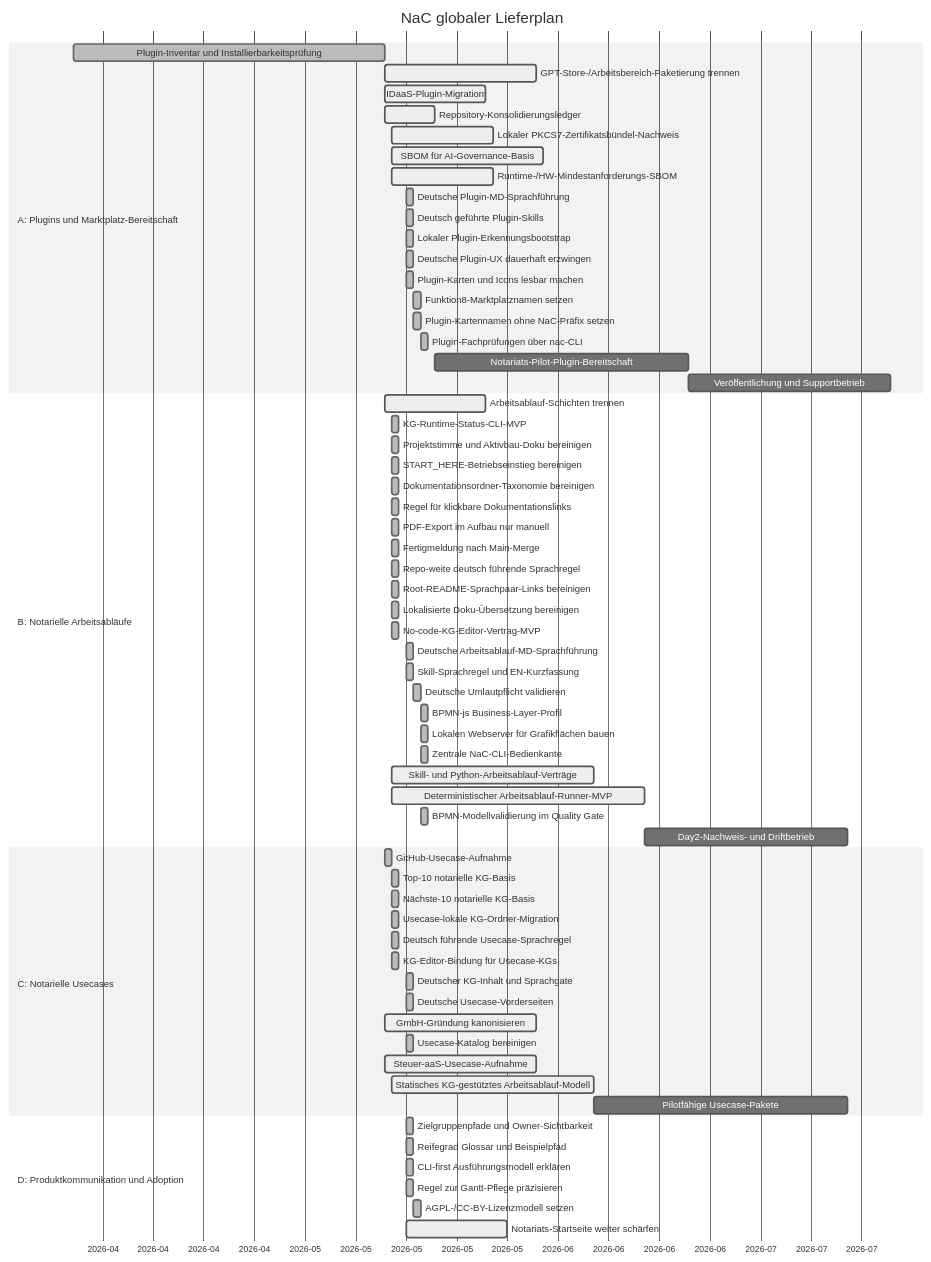
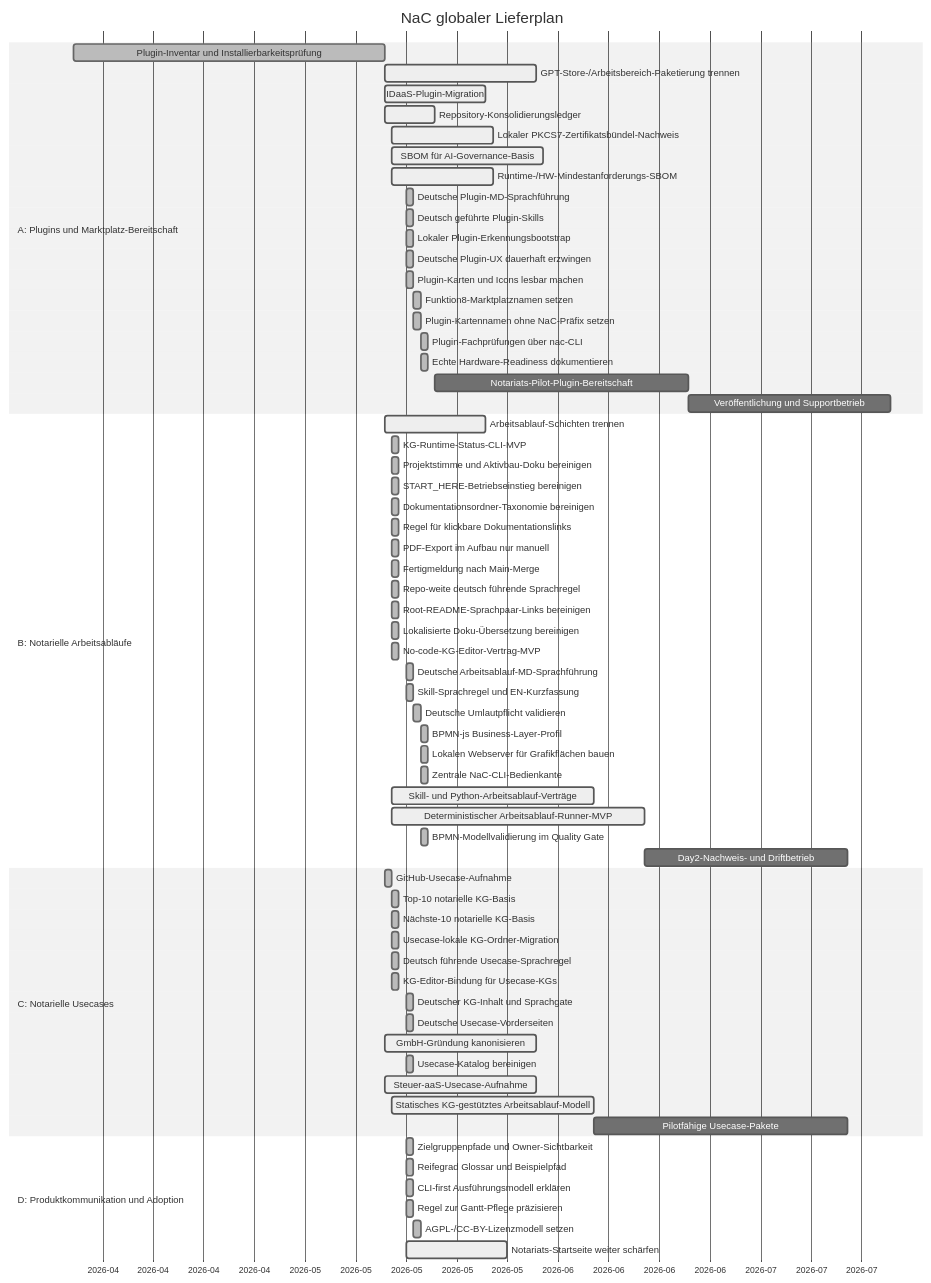
The diagram in roadmap/GANTT.md (notariat8/NaC), drawn with Mermaid (neutral theme) before and after one commit. The commit also changed other lines of this file and 11 other files, not shown here.

Commit message:
Document real hardware readiness tests

````diff
--- a/roadmap/GANTT.md
+++ b/roadmap/GANTT.md
@@ -14,72 +14,73 @@
 ```mermaid
 gantt
     title NaC globaler Lieferplan
     dateFormat  YYYY-MM-DD
     axisFormat  %Y-%m
 
     section A: Plugins und Marktplatz-Bereitschaft
     Plugin-Inventar und Installierbarkeitsprüfung :done, a1, 2026-04-01, 2026-05-14
     GPT-Store-/Arbeitsbereich-Paketierung trennen :active, a2, 2026-05-14, 21d
     IDaaS-Plugin-Migration                       :active,  a3, 2026-05-14, 14d
     Repository-Konsolidierungsledger             :active,  a4, 2026-05-14, 7d
     Lokaler PKCS7-Zertifikatsbündel-Nachweis    :active,  a4a, 2026-05-15, 14d
     SBOM für AI-Governance-Basis                :active,  a4b, 2026-05-15, 21d
     Runtime-/HW-Mindestanforderungs-SBOM         :active,  a4c, 2026-05-15, 14d
     Deutsche Plugin-MD-Sprachführung            :done,    a4d, 2026-05-17, 1d
     Deutsch geführte Plugin-Skills              :done,    a4e, 2026-05-17, 1d
     Lokaler Plugin-Erkennungsbootstrap           :done,    a4f, 2026-05-17, 1d
     Deutsche Plugin-UX dauerhaft erzwingen       :done,    a4g, 2026-05-17, 1d
     Plugin-Karten und Icons lesbar machen        :done,    a4h, 2026-05-17, 1d
     Funktion8-Marktplatznamen setzen             :done,    a4i, 2026-05-18, 1d
     Plugin-Kartennamen ohne NaC-Präfix setzen    :done,    a4j, 2026-05-18, 1d
     Plugin-Fachprüfungen über nac-CLI            :done,    a4k, 2026-05-19, 1d
+    Echte Hardware-Readiness dokumentieren       :done,    a4l, 2026-05-19, 1d
     Notariats-Pilot-Plugin-Bereitschaft          :         a5, after a4, 35d
     Veröffentlichung und Supportbetrieb         :         a6, after a5, 28d
 
     section B: Notarielle Arbeitsabläufe
     Arbeitsablauf-Schichten trennen              :active,  b1, 2026-05-14, 14d
     KG-Runtime-Status-CLI-MVP                    :done,    b1a, 2026-05-15, 1d
     Projektstimme und Aktivbau-Doku bereinigen   :done,    b1b, 2026-05-15, 1d
     START_HERE-Betriebseinstieg bereinigen       :done,    b1c, 2026-05-15, 1d
     Dokumentationsordner-Taxonomie bereinigen    :done,    b1d, 2026-05-15, 1d
     Regel für klickbare Dokumentationslinks     :done,    b1e, 2026-05-15, 1d
     PDF-Export im Aufbau nur manuell             :done,    b1f, 2026-05-15, 1d
     Fertigmeldung nach Main-Merge                :done,    b1g, 2026-05-15, 1d
     Repo-weite deutsch führende Sprachregel     :done,    b1h, 2026-05-15, 1d
     Root-README-Sprachpaar-Links bereinigen      :done,    b1i, 2026-05-15, 1d
     Lokalisierte Doku-Übersetzung bereinigen    :done,    b1j, 2026-05-15, 1d
     No-code-KG-Editor-Vertrag-MVP                :done,    b1k, 2026-05-15, 1d
     Deutsche Arbeitsablauf-MD-Sprachführung     :done,    b1l, 2026-05-17, 1d
     Skill-Sprachregel und EN-Kurzfassung         :done,    b1m, 2026-05-17, 1d
     Deutsche Umlautpflicht validieren            :done,    b1n, 2026-05-18, 1d
     BPMN-js Business-Layer-Profil                :done,    b1o, 2026-05-19, 1d
     Lokalen Webserver für Grafikflächen bauen   :done,    b1p, 2026-05-19, 1d
     Zentrale NaC-CLI-Bedienkante                 :done,    b1q, 2026-05-19, 1d
     Skill- und Python-Arbeitsablauf-Verträge    :active,  b2, 2026-05-15, 28d
     Deterministischer Arbeitsablauf-Runner-MVP   :active,  b3, 2026-05-15, 35d
     BPMN-Modellvalidierung im Quality Gate       :done,    b3a, 2026-05-19, 1d
     Day2-Nachweis- und Driftbetrieb              :         b4, after b3, 28d
 
     section C: Notarielle Usecases
     GitHub-Usecase-Aufnahme                      :done,    c1, 2026-05-14, 1d
     Top-10 notarielle KG-Basis                   :done,    c2, 2026-05-15, 1d
     Nächste-10 notarielle KG-Basis              :done,    c3, 2026-05-15, 1d
     Usecase-lokale KG-Ordner-Migration           :done,    c3a, 2026-05-15, 1d
     Deutsch führende Usecase-Sprachregel        :done,    c3b, 2026-05-15, 1d
     KG-Editor-Bindung für Usecase-KGs           :done,    c3c, 2026-05-15, 1d
     Deutscher KG-Inhalt und Sprachgate           :done,    c3d, 2026-05-17, 1d
     Deutsche Usecase-Vorderseiten                :done,    c3e, 2026-05-17, 1d
     GmbH-Gründung kanonisieren                  :active,  c4, 2026-05-14, 21d
     Usecase-Katalog bereinigen                 :done,    c5, 2026-05-17, 1d
     Steuer-aaS-Usecase-Aufnahme                  :active,  c6, 2026-05-14, 21d
     Statisches KG-gestütztes Arbeitsablauf-Modell :active, c7, 2026-05-15, 28d
     Pilotfähige Usecase-Pakete                  :         c8, after c7, 35d
 
     section D: Produktkommunikation und Adoption
     Zielgruppenpfade und Owner-Sichtbarkeit      :done,    d1, 2026-05-17, 1d
     Reifegrad Glossar und Beispielpfad           :done,    d1a, 2026-05-17, 1d
     CLI-first Ausführungsmodell erklären       :done,    d1b, 2026-05-17, 1d
     Regel zur Gantt-Pflege präzisieren         :done,    d1c, 2026-05-17, 1d
     AGPL-/CC-BY-Lizenzmodell setzen              :done,    d1d, 2026-05-18, 1d
     Notariats-Startseite weiter schärfen        :active,  d2, 2026-05-17, 14d
 ```
````
